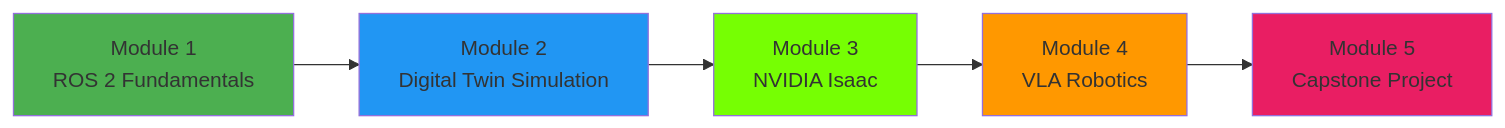
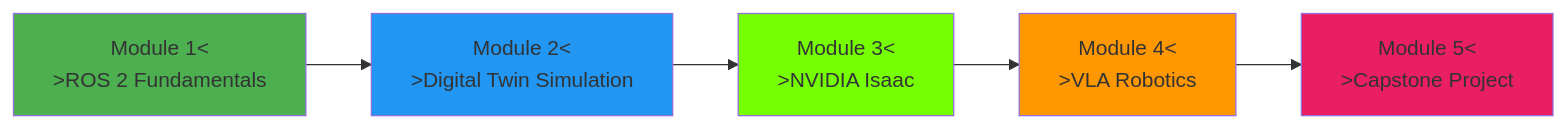
One commit to hibasheikh90/hackathon_book changed the sixth of 6 diagrams in docs/module-1-ros2/week-1/chapter-1-intro.mdx. Above: the diagram before and after it, drawn with Mermaid. The commit also changed other lines of this file and 19 other files, not shown here.

````diff
--- a/docs/module-1-ros2/week-1/chapter-1-intro.mdx
+++ b/docs/module-1-ros2/week-1/chapter-1-intro.mdx
@@ -242,13 +243,13 @@
 ```mermaid
 graph LR
-    A[Module 1<br/>ROS 2 Fundamentals] --> B[Module 2<br/>Digital Twin Simulation]
-    B --> C[Module 3<br/>NVIDIA Isaac]
-    C --> D[Module 4<br/>VLA Robotics]
-    D --> E[Module 5<br/>Capstone Project]
+    A[Module 1<\n>ROS 2 Fundamentals] --> B[Module 2<\n>Digital Twin Simulation]
+    B --> C[Module 3<\n>NVIDIA Isaac]
+    C --> D[Module 4<\n>VLA Robotics]
+    D --> E[Module 5<\n>Capstone Project]
 
     style A fill:#4CAF50
     style B fill:#2196F3
     style C fill:#76ff03
     style D fill:#FF9800
     style E fill:#E91E63
 ```
````
